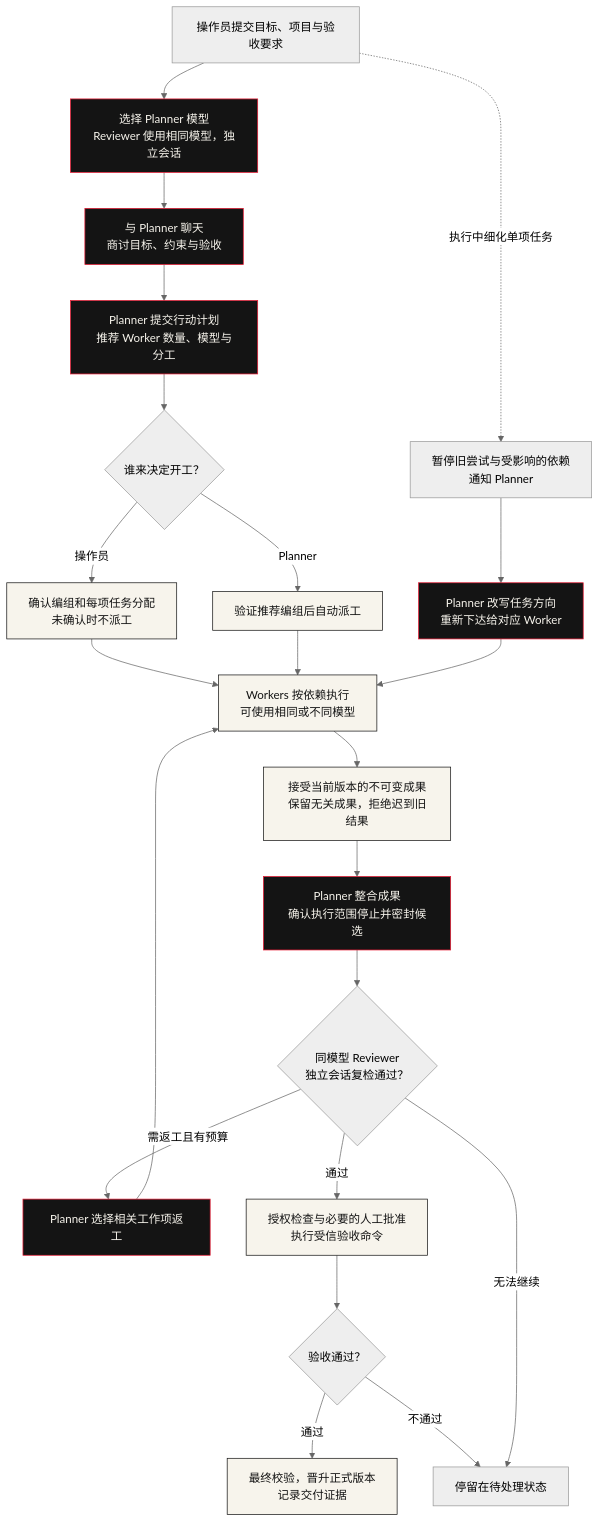
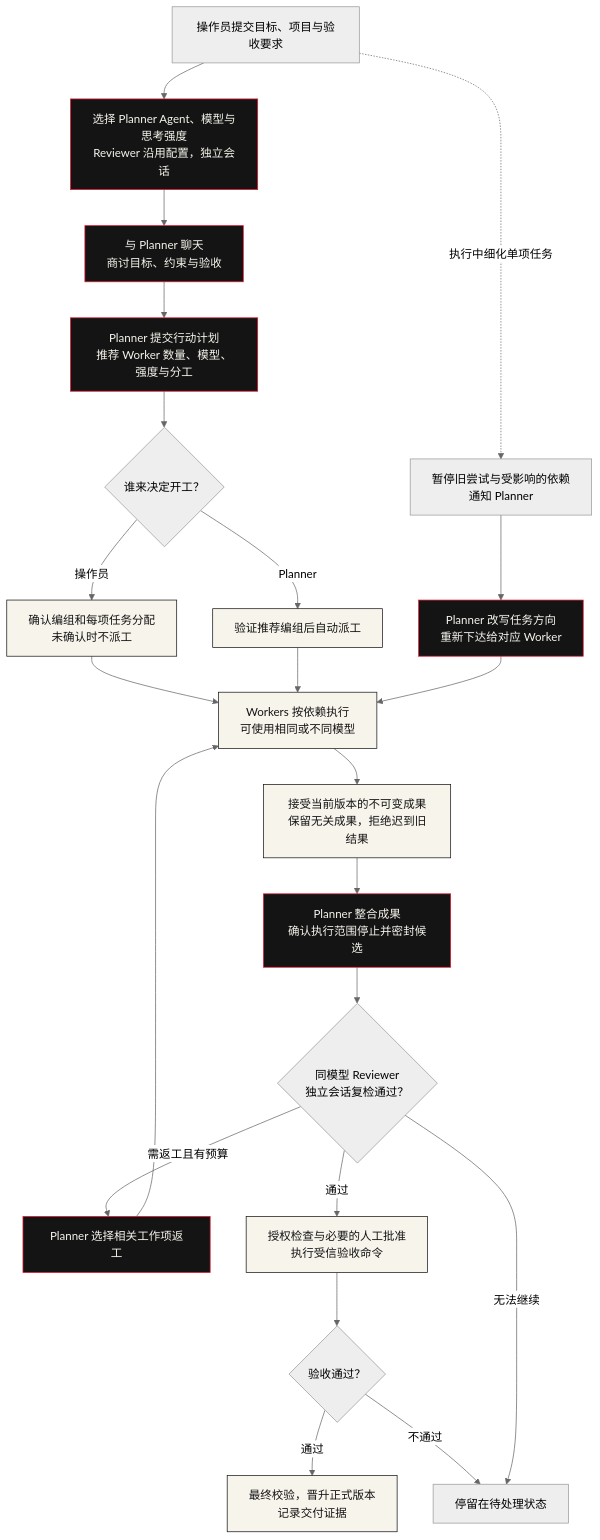
Before and after one commit to rejec-rot/agent-foundry-orchestrator: the first of 2 diagrams in README.md, drawn with Mermaid (neutral theme). The commit also changed other lines of this file and 31 other files, not shown here.

````diff
--- a/README.md
+++ b/README.md
@@ -17,28 +17,28 @@
 ```mermaid
 flowchart TD
-    USER["操作员提交目标、项目与验收要求"] --> MODEL["选择 Planner 模型<br/>Reviewer 使用相同模型，独立会话"]
+    USER["操作员提交目标、项目与验收要求"] --> MODEL["选择 Planner Agent、模型与思考强度<br/>Reviewer 沿用配置，独立会话"]
     MODEL --> CHAT["与 Planner 聊天<br/>商讨目标、约束与验收"]
-    CHAT --> PLAN["Planner 提交行动计划<br/>推荐 Worker 数量、模型与分工"]
+    CHAT --> PLAN["Planner 提交行动计划<br/>推荐 Worker 数量、模型、强度与分工"]
     PLAN --> MODE{"谁来决定开工？"}
     MODE -- "操作员" --> CONFIRM["确认编组和每项任务分配<br/>未确认时不派工"]
     MODE -- "Planner" --> AUTO["验证推荐编组后自动派工"]
     CONFIRM --> WORK["Workers 按依赖执行<br/>可使用相同或不同模型"]
     AUTO --> WORK
     USER -. "执行中细化单项任务" .-> HOLD["暂停旧尝试与受影响的依赖<br/>通知 Planner"]
     HOLD --> CHANGE["Planner 改写任务方向<br/>重新下达给对应 Worker"]
     CHANGE --> WORK
     WORK --> ART["接受当前版本的不可变成果<br/>保留无关成果，拒绝迟到旧结果"]
     ART --> INTEGRATE["Planner 整合成果<br/>确认执行范围停止并密封候选"]
     INTEGRATE --> REVIEW{"同模型 Reviewer<br/>独立会话复检通过？"}
     REVIEW -- "需返工且有预算" --> FIX["Planner 选择相关工作项返工"]
     FIX --> WORK
     REVIEW -- "通过" --> GATE["授权检查与必要的人工批准<br/>执行受信验收命令"]
     GATE --> PASS{"验收通过？"}
     PASS -- "通过" --> DONE["最终校验，晋升正式版本<br/>记录交付证据"]
     PASS -- "不通过" --> BLOCK["停留在待处理状态"]
     REVIEW -- "无法继续" --> BLOCK
     classDef planner fill:#141414,stroke:#e81932,color:#f7f4ec;
     classDef action fill:#f7f4ec,stroke:#141414,color:#141414;
     class MODEL,CHAT,PLAN,CHANGE,INTEGRATE,FIX planner;
     class CONFIRM,AUTO,WORK,ART,GATE,DONE action;
 ```
````
